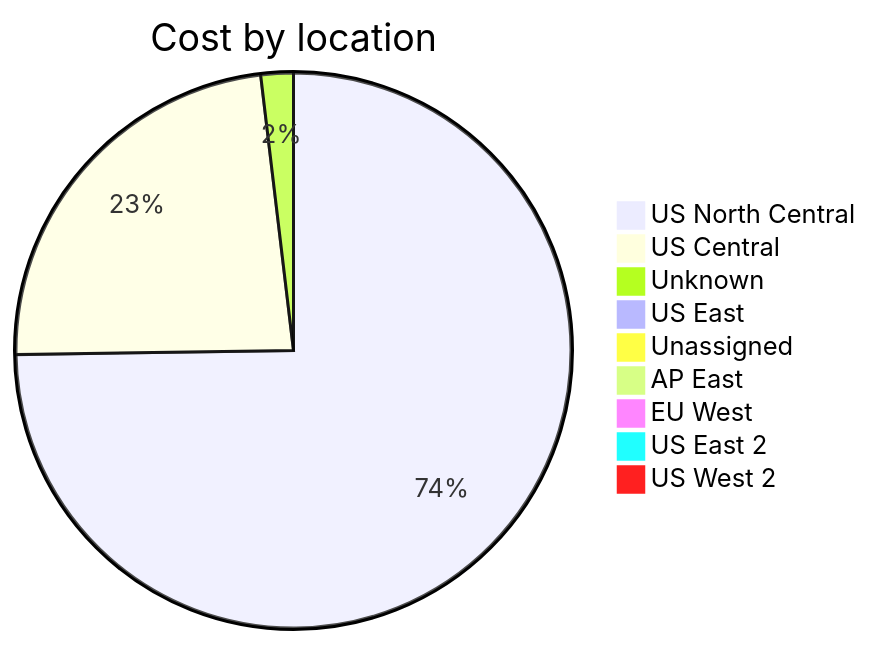
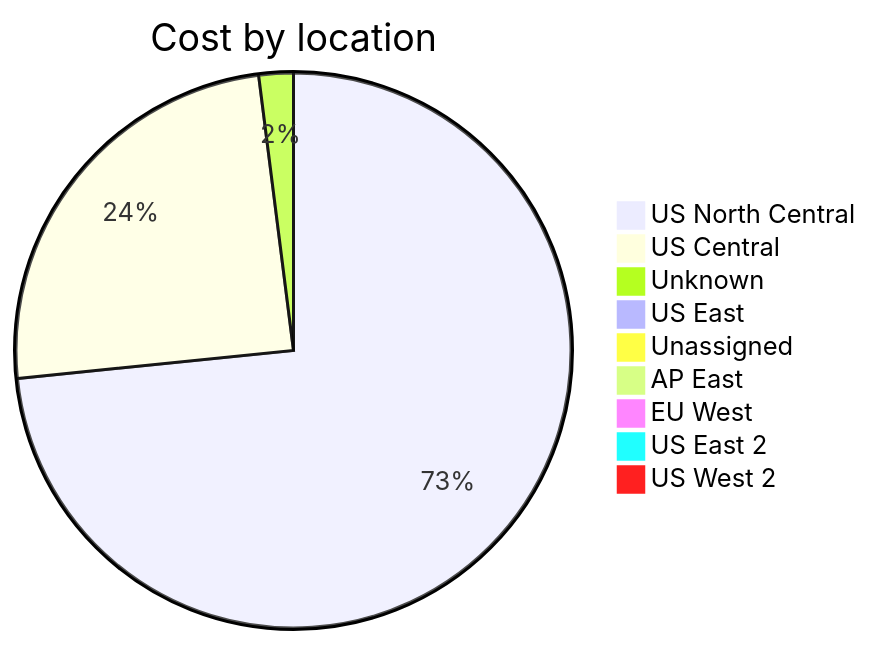
The third of 4 diagrams in cost-reports/accumulated-cost.md (jpfulton/azure-personal-reports), drawn with Mermaid before and after one commit. The commit also changed other lines of this file and 4 other files, not shown here.

````diff
--- a/cost-reports/accumulated-cost.md
+++ b/cost-reports/accumulated-cost.md
@@ -129,13 +129,13 @@
 ```mermaid
 pie
    title Cost by location
-   "US North Central" : 5.54
-   "US Central" : 1.73
-   "Unknown" : 0.14
-   "US East" : 0.03
-   "Unassigned" : 0.02
+   "US North Central" : 6.95
+   "US Central" : 2.33
+   "Unknown" : 0.19
+   "US East" : 0.04
+   "Unassigned" : 0.03
    "AP East" : 0.00
    "EU West" : 0.00
    "US East 2" : 0.00
    "US West 2" : 0.00
 ```
````
